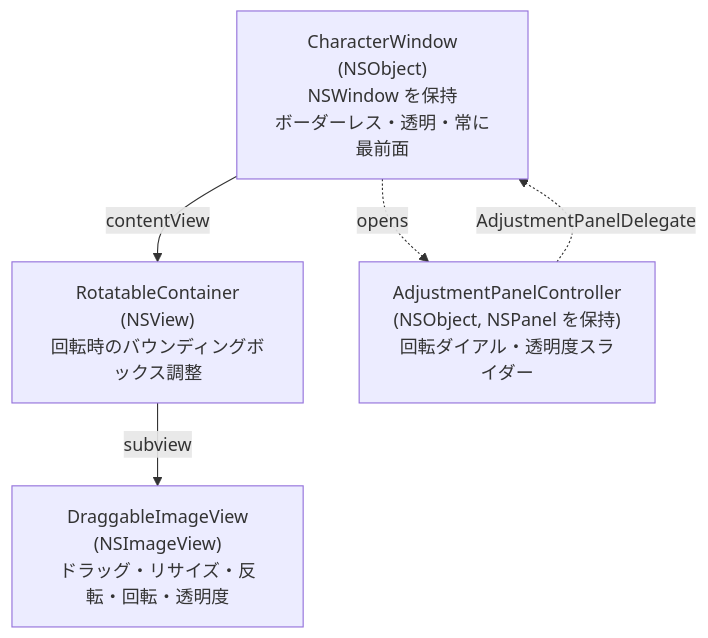
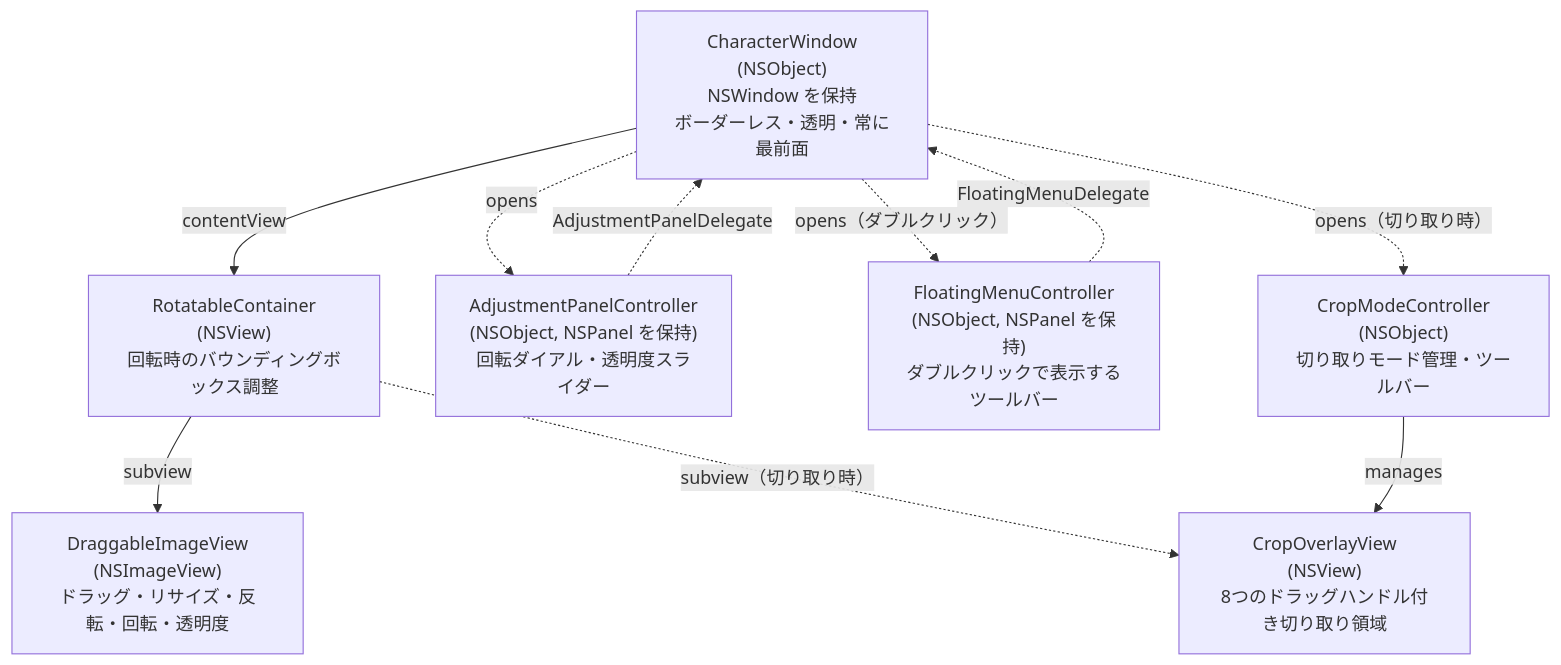
One commit to shiroemons/sobani changed the third of 3 diagrams in docs/guide/architecture.md. Above: the diagram before and after it, drawn with Mermaid. The commit also changed other lines of this file and 3 other files, not shown here.

````diff
--- a/docs/guide/architecture.md
+++ b/docs/guide/architecture.md
@@ -209,12 +241,20 @@
 ```mermaid
 flowchart TD
     CW["CharacterWindow<br/>(NSObject)<br/>NSWindow を保持<br/>ボーダーレス・透明・常に最前面"]
     RC["RotatableContainer<br/>(NSView)<br/>回転時のバウンディングボックス調整"]
     DIV["DraggableImageView<br/>(NSImageView)<br/>ドラッグ・リサイズ・反転・回転・透明度"]
     AP["AdjustmentPanelController<br/>(NSObject, NSPanel を保持)<br/>回転ダイアル・透明度スライダー"]
+    FM["FloatingMenuController<br/>(NSObject, NSPanel を保持)<br/>ダブルクリックで表示するツールバー"]
+    CMC["CropModeController<br/>(NSObject)<br/>切り取りモード管理・ツールバー"]
+    COV["CropOverlayView<br/>(NSView)<br/>8つのドラッグハンドル付き切り取り領域"]
 
     CW --> |contentView| RC
     RC --> |subview| DIV
+    RC -.-> |subview（切り取り時）| COV
     CW -.-> |opens| AP
     AP -.-> |AdjustmentPanelDelegate| CW
+    CW -.-> |opens（ダブルクリック）| FM
+    FM -.-> |FloatingMenuDelegate| CW
+    CW -.-> |opens（切り取り時）| CMC
+    CMC --> |manages| COV
 ```
````
